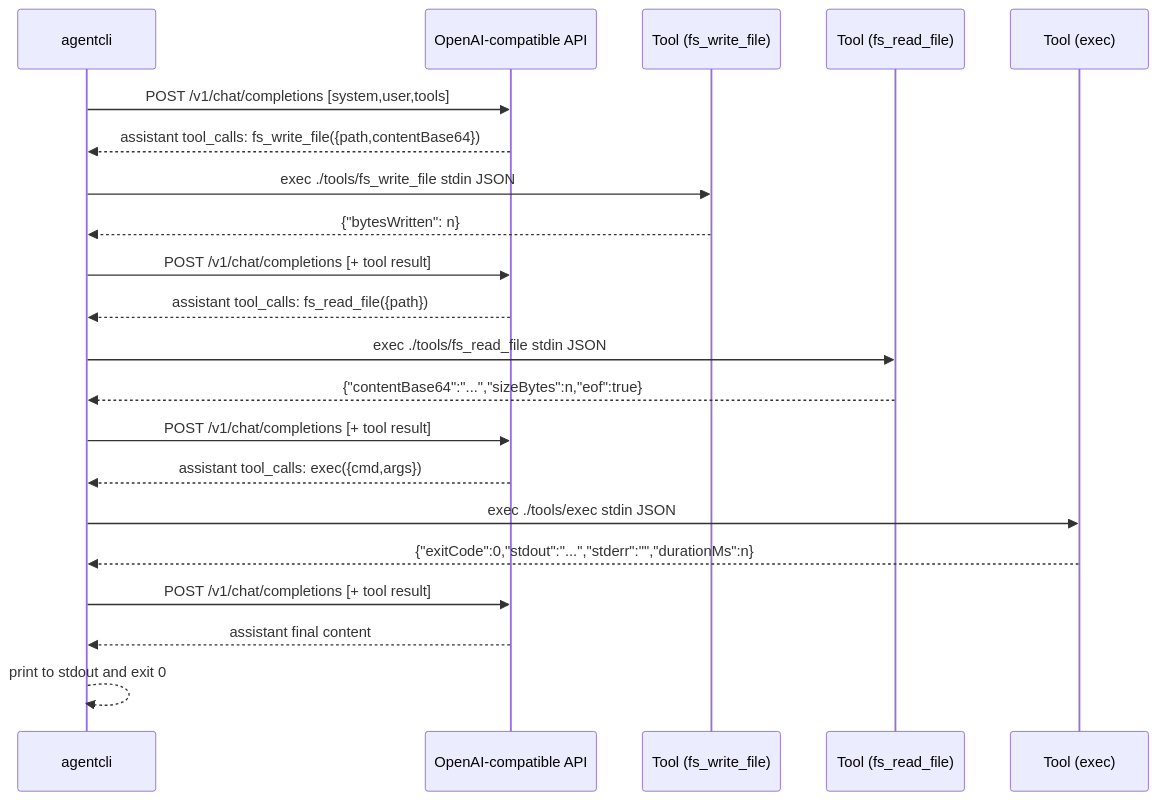
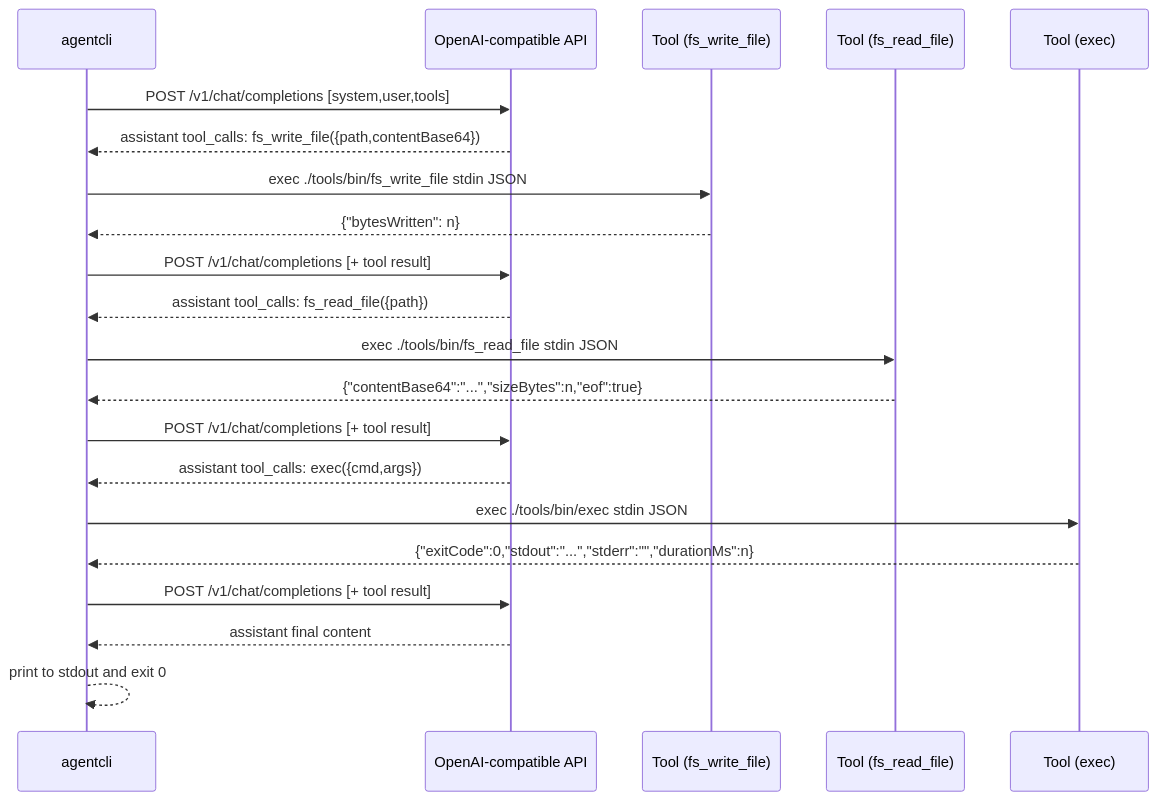
The diagram in docs/diagrams/toolbelt-seq.md (hyperifyio/goagent), drawn with Mermaid before and after one commit. The commit also changed 2 other files, not shown here.

Commit message:
[S25:l90-docs-diagrams-paths] Update Mermaid diagrams to use ./tools/bin paths
Align diagrams with canonical tool binary layout under tools/bin to prevent drift with docs and enforce path hygiene. Tests remain green. DoD verified via ripgrep check showing no legacy ./tools/<NAME> references in docs/diagrams.

Refs: https://github.com/hyperifyio/goagent/issues/90

````diff
--- a/docs/diagrams/toolbelt-seq.md
+++ b/docs/diagrams/toolbelt-seq.md
@@ -1,24 +1,24 @@
 ```mermaid
 sequenceDiagram
     participant CLI as agentcli
     participant API as OpenAI-compatible API
     participant T1 as Tool (fs_write_file)
     participant T2 as Tool (fs_read_file)
     participant T3 as Tool (exec)
 
     CLI->>API: POST /v1/chat/completions [system,user,tools]
     API-->>CLI: assistant tool_calls: fs_write_file({path,contentBase64})
-    CLI->>T1: exec ./tools/fs_write_file stdin JSON
+    CLI->>T1: exec ./tools/bin/fs_write_file stdin JSON
     T1-->>CLI: {"bytesWritten": n}
     CLI->>API: POST /v1/chat/completions [+ tool result]
     API-->>CLI: assistant tool_calls: fs_read_file({path})
-    CLI->>T2: exec ./tools/fs_read_file stdin JSON
+    CLI->>T2: exec ./tools/bin/fs_read_file stdin JSON
     T2-->>CLI: {"contentBase64":"...","sizeBytes":n,"eof":true}
     CLI->>API: POST /v1/chat/completions [+ tool result]
     API-->>CLI: assistant tool_calls: exec({cmd,args})
-    CLI->>T3: exec ./tools/exec stdin JSON
+    CLI->>T3: exec ./tools/bin/exec stdin JSON
     T3-->>CLI: {"exitCode":0,"stdout":"...","stderr":"","durationMs":n}
     CLI->>API: POST /v1/chat/completions [+ tool result]
     API-->>CLI: assistant final content
     CLI-->>CLI: print to stdout and exit 0
 ```
````
